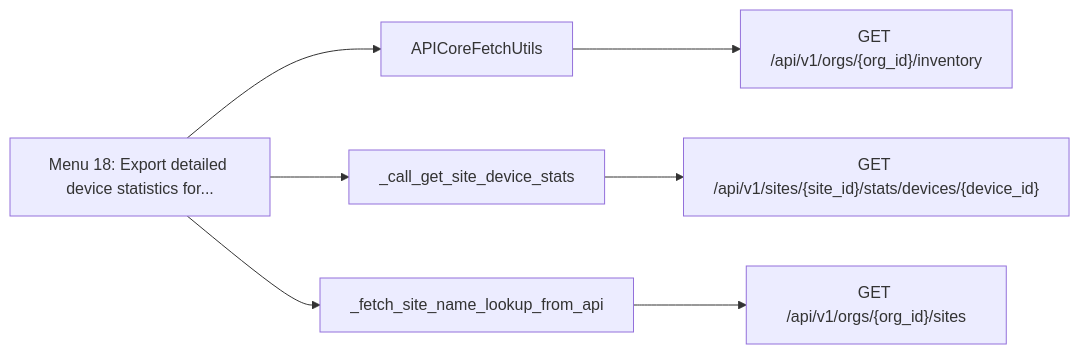
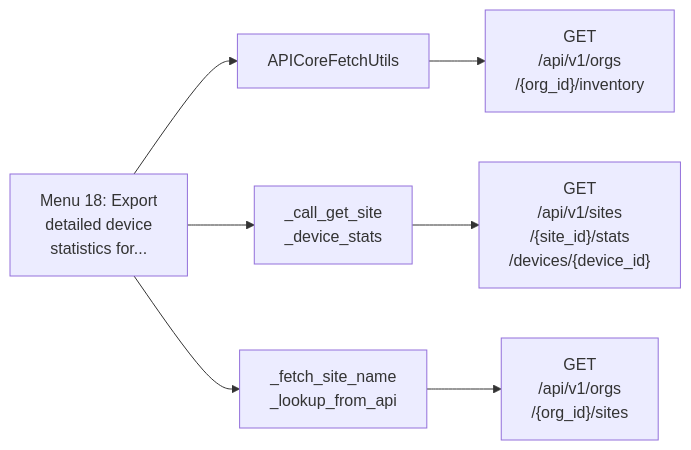
Before and after one commit to jmorrison-juniper/MistHelper: the third of 11 diagrams in documentation/menu-api/resource-intensive.md, drawn with Mermaid. The commit also changed other lines of this file and 19 other files, not shown here.

First line of the commit message:
docs(menu-api): fit the Mermaid diagrams to the wiki column

````diff
--- a/documentation/menu-api/resource-intensive.md
+++ b/documentation/menu-api/resource-intensive.md
@@ -105,10 +63,10 @@
 ```mermaid
 flowchart LR
-    menu["Menu 18: Export detailed device statistics for..."]
+    menu["Menu 18: Export<br/>detailed device<br/>statistics for..."]
     menu --> c1["APICoreFetchUtils"]
-    c1 --> e1["GET /api/v1/orgs/{org_id}/inventory"]
-    menu --> c2["_call_get_site_device_stats"]
-    c2 --> e2["GET /api/v1/sites/{site_id}/stats/devices/{device_id}"]
-    menu --> c3["_fetch_site_name_lookup_from_api"]
-    c3 --> e3["GET /api/v1/orgs/{org_id}/sites"]
+    c1 --> e1["GET<br/>/api/v1/orgs<br/>/{org_id}/inventory"]
+    menu --> c2["_call_get_site<br/>_device_stats"]
+    c2 --> e2["GET<br/>/api/v1/sites<br/>/{site_id}/stats<br/>/devices/{device_id}"]
+    menu --> c3["_fetch_site_name<br/>_lookup_from_api"]
+    c3 --> e3["GET<br/>/api/v1/orgs<br/>/{org_id}/sites"]
 ```
````
